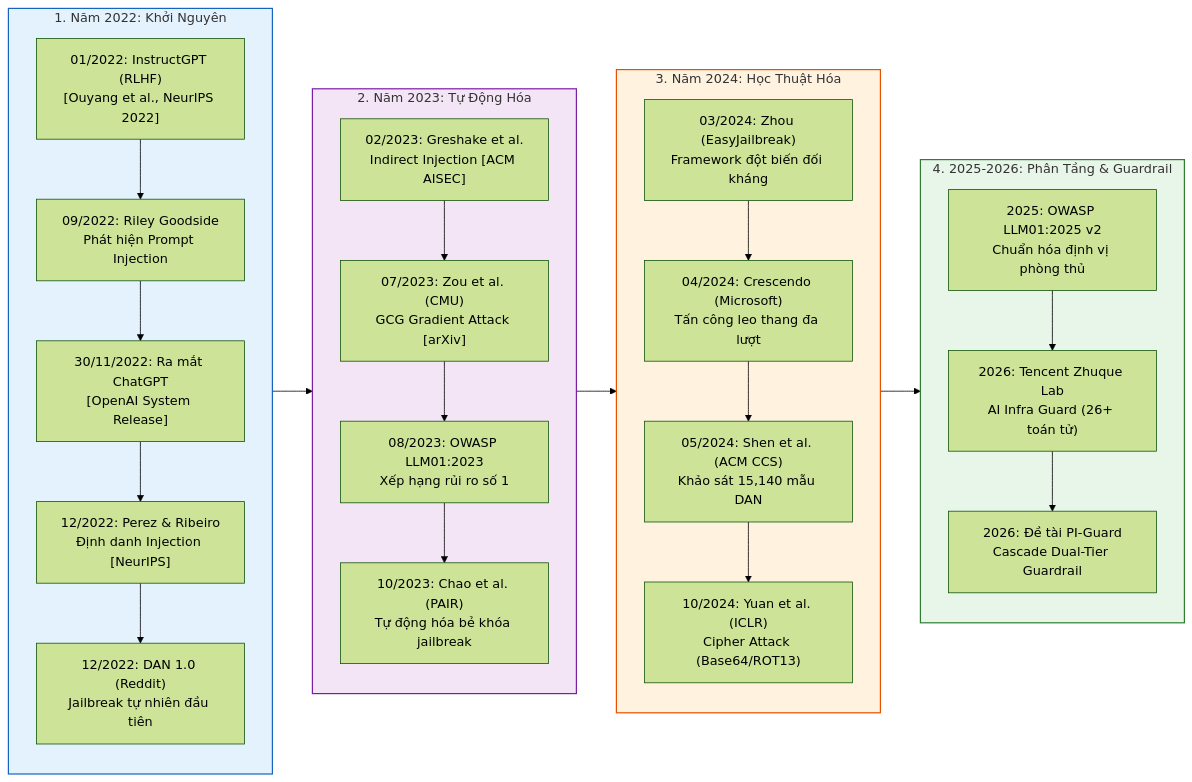
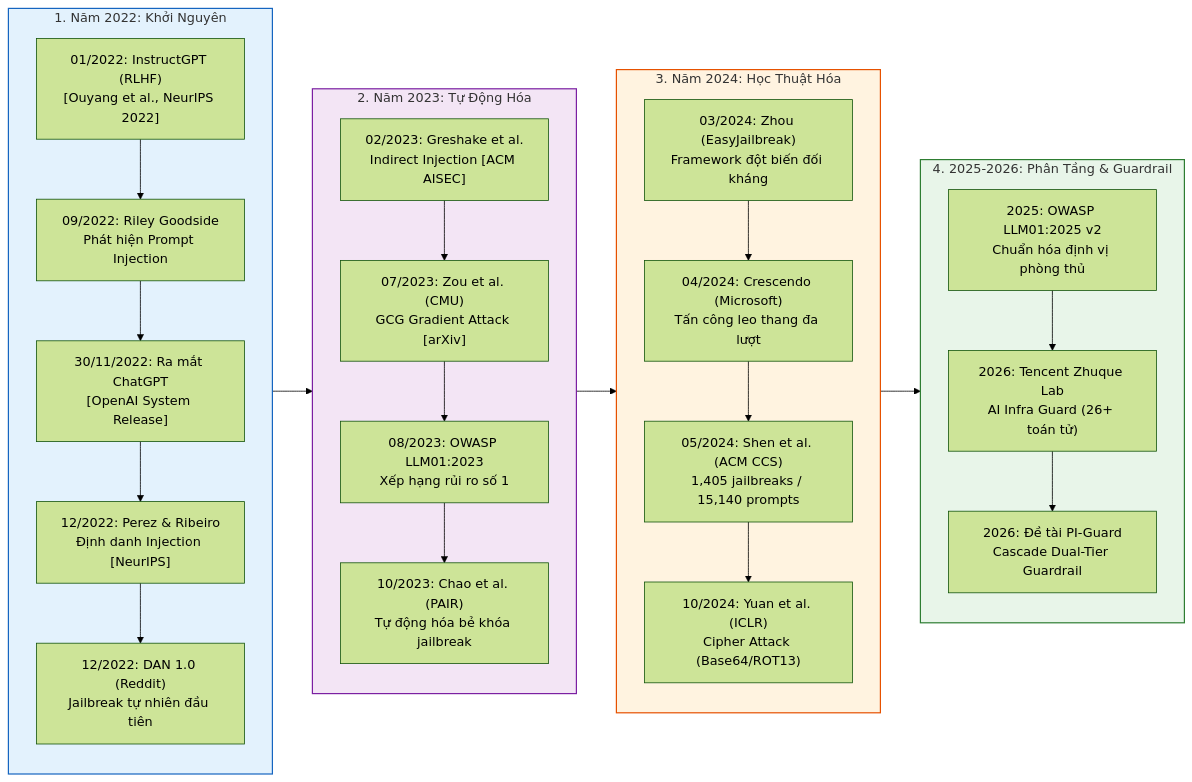
Before and after one commit to nvtruongops/pi-guard: the diagram in workspaces/truongnv/docs/research/attack_study/00_overview_threat_and_scope/history_and_evolution.md, drawn with Mermaid (forest theme). The commit also changed 847 other files, not shown here.

````diff
--- a/workspaces/truongnv/docs/research/attack_study/00_overview_threat_and_scope/history_and_evolution.md
+++ b/workspaces/truongnv/docs/research/attack_study/00_overview_threat_and_scope/history_and_evolution.md
@@ -55,45 +55,45 @@
 ```mermaid
 flowchart LR
     subgraph E2022["1. Năm 2022: Khởi Nguyên"]
         direction TB
         M1["01/2022: InstructGPT (RLHF)<br/>[Ouyang et al., NeurIPS 2022]"]
         M2["09/2022: Riley Goodside<br/>Phát hiện Prompt Injection"]
         M3["30/11/2022: Ra mắt ChatGPT<br/>[OpenAI System Release]"]
         M4["12/2022: Perez & Ribeiro<br/>Định danh Injection [NeurIPS]"]
         M5["12/2022: DAN 1.0 (Reddit)<br/>Jailbreak tự nhiên đầu tiên"]
         M1 --> M2 --> M3 --> M4 --> M5
     end
 
     subgraph E2023["2. Năm 2023: Tự Động Hóa"]
         direction TB
         M6["02/2023: Greshake et al.<br/>Indirect Injection [ACM AISEC]"]
         M7["07/2023: Zou et al. (CMU)<br/>GCG Gradient Attack [arXiv]"]
         M8["08/2023: OWASP LLM01:2023<br/>Xếp hạng rủi ro số 1"]
         M9["10/2023: Chao et al. (PAIR)<br/>Tự động hóa bẻ khóa jailbreak"]
         M6 --> M7 --> M8 --> M9
     end
 
     subgraph E2024["3. Năm 2024: Học Thuật Hóa"]
         direction TB
         M10["03/2024: Zhou (EasyJailbreak)<br/>Framework đột biến đối kháng"]
         M11["04/2024: Crescendo (Microsoft)<br/>Tấn công leo thang đa lượt"]
-        M12["05/2024: Shen et al. (ACM CCS)<br/>Khảo sát 15,140 mẫu DAN"]
+        M12["05/2024: Shen et al. (ACM CCS)<br/>1,405 jailbreaks / 15,140 prompts"]
         M13["10/2024: Yuan et al. (ICLR)<br/>Cipher Attack (Base64/ROT13)"]
         M10 --> M11 --> M12 --> M13
     end
 
     subgraph E2025_2026["4. 2025-2026: Phân Tầng & Guardrail"]
         direction TB
         M14["2025: OWASP LLM01:2025 v2<br/>Chuẩn hóa định vị phòng thủ"]
         M15["2026: Tencent Zhuque Lab<br/>AI Infra Guard (26+ toán tử)"]
         M16["2026: Đề tài PI-Guard<br/>Cascade Dual-Tier Guardrail"]
         M14 --> M15 --> M16
     end
 
     E2022 --> E2023 --> E2024 --> E2025_2026
 
     style E2022 fill:#e3f2fd,stroke:#1565c0,stroke-width:1.5px;
     style E2023 fill:#f3e5f5,stroke:#7b1fa2,stroke-width:1.5px;
     style E2024 fill:#fff3e0,stroke:#e65100,stroke-width:1.5px;
     style E2025_2026 fill:#e8f5e9,stroke:#2e7d32,stroke-width:1.5px;
 ```
````
